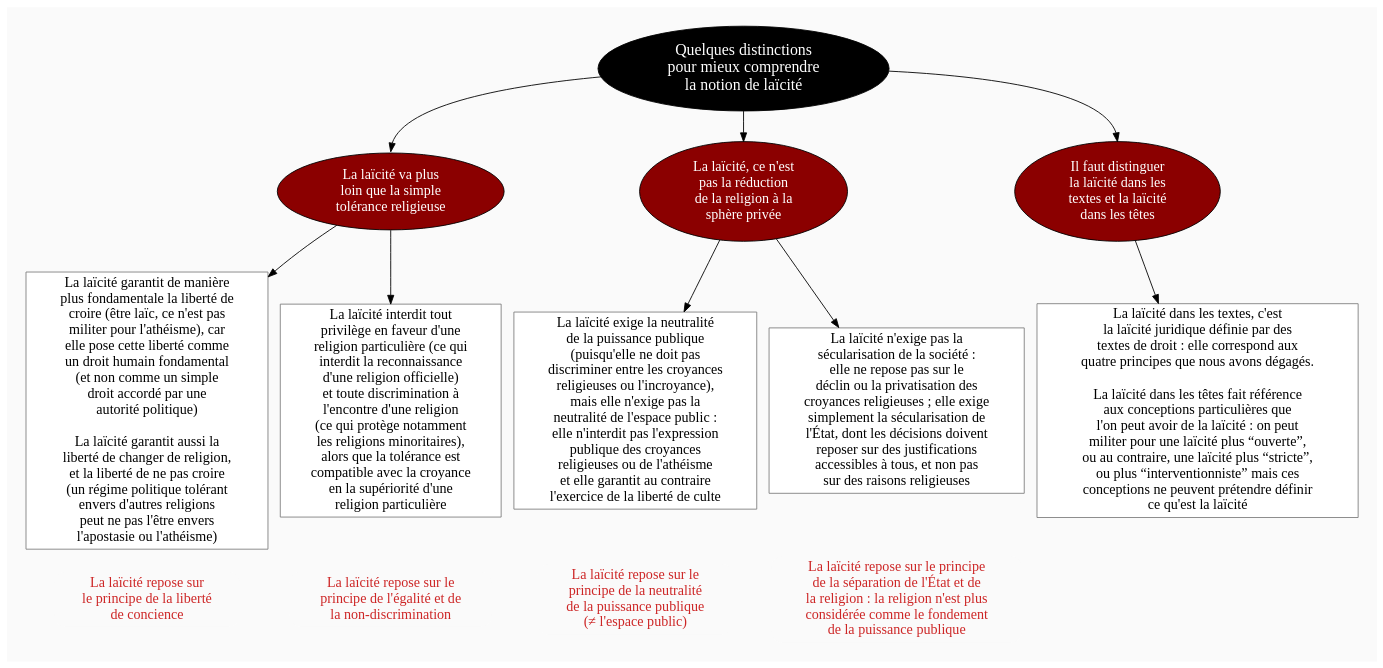
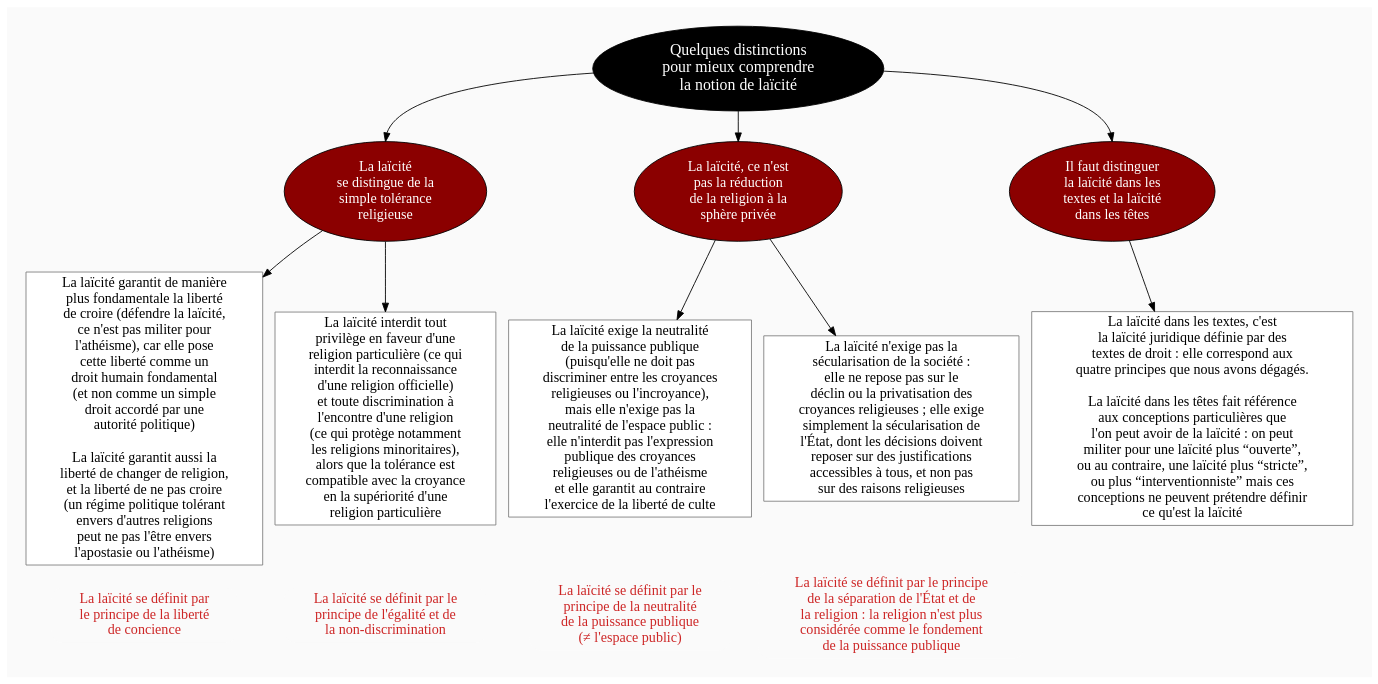
Before and after one commit to eyssette/graphviz-examples: the diagram in diagram/laicite.dot, drawn with Graphviz.

```diff
--- a/diagram/laicite.dot
+++ b/diagram/laicite.dot
@@ -1,160 +1,162 @@
 digraph G {
 // Template : diagram
 // Usage : 
 //rankdir=LR
 splines=true
 //splines=curved
 bgcolor=grey98
 pad=0.3
 style=filled
 edge[minlen=4]
 node[style=filled, fontcolor=white]
 ranksep=0.1
 nodesep=0.2
 
 // NIVEAU 1
 node[fillcolor=12, fontsize=18]
 a1[label="Quelques distinctions
 pour mieux comprendre
 la notion de laïcité"]
 
 // NIVEAU 2
 node[fillcolor=red4, fontsize=16]
 a1->{
-b1[label="La laïcité va plus
-loin que la simple
-tolérance religieuse"]
+b1[label="La laïcité
+se distingue de la
+simple tolérance
+religieuse"]
 b2[label="La laïcité, ce n'est
 pas la réduction
 de la religion à la
 sphère privée"]
 b3[label="Il faut distinguer
 la laïcité dans les
 textes et la laïcité
 dans les têtes"]
 }[headport=n]
 
 node[fontcolor=black]
 // NIVEAU 3 (sans intermédiaire)
 node [shape=box, fillcolor=white, color=grey50]
 // c1[label=""]
 b1->{c1,c2}
 c1[label="La laïcité garantit de manière
-plus fondamentale la liberté de
-croire (être laïc, ce n'est pas
-militer pour l'athéisme), car
-elle pose cette liberté comme
-un droit humain fondamental
+plus fondamentale la liberté
+de croire (défendre la laïcité,
+ce n'est pas militer pour
+l'athéisme), car elle pose
+cette liberté comme un
+droit humain fondamental
 (et non comme un simple
 droit accordé par une
 autorité politique)
 
 La laïcité garantit aussi la
 liberté de changer de religion,
 et la liberté de ne pas croire
 (un régime politique tolérant
 envers d'autres religions
 peut ne pas l'être envers
 l'apostasie ou l'athéisme)"]
 c2[label="La laïcité interdit tout
 privilège en faveur d'une
 religion particulière (ce qui
 interdit la reconnaissance
 d'une religion officielle)
 et toute discrimination à
 l'encontre d'une religion
 (ce qui protège notamment
 les religions minoritaires),
 alors que la tolérance est
 compatible avec la croyance
 en la supériorité d'une
 religion particulière"]
 b2->{c3,c4}
 c3[label="La laïcité exige la neutralité
 de la puissance publique
 (puisqu'elle ne doit pas
 discriminer entre les croyances
 religieuses ou l'incroyance),
 mais elle n'exige pas la
 neutralité de l'espace public :
 elle n'interdit pas l'expression
 publique des croyances
 religieuses ou de l'athéisme
 et elle garantit au contraire
 l'exercice de la liberté de culte"]
 c4[label="La laïcité n'exige pas la
 sécularisation de la société :
 elle ne repose pas sur le
 déclin ou la privatisation des
 croyances religieuses ; elle exige
 simplement la sécularisation de
 l'État, dont les décisions doivent
 reposer sur des justifications
 accessibles à tous, et non pas
 sur des raisons religieuses"]
 
 b3->{c5}
 c5[label="La laïcité dans les textes, c'est
 la laïcité juridique définie par des
 textes de droit : elle correspond aux
 quatre principes que nous avons dégagés.
 
 La laïcité dans les têtes fait référence
 aux conceptions particulières que
 l'on peut avoir de la laïcité : on peut
 militer pour une laïcité plus “ouverte”,
 ou au contraire, une laïcité plus “stricte”,
 ou plus “interventionniste” mais ces
 conceptions ne peuvent prétendre définir
 ce qu'est la laïcité"]
 
 // INTERMÉDIAIRE AVANT NIVEAU 3
 node[fillcolor=grey78, shape=oval]
 // [arrowhead=none]
 // bc1[label=""]
 
 // NIVEAU 3 (avec intermédiaire)
 node[fillcolor=white, shape=box, color=grey50]
 // c1[label=""]
 
 // NIVEAU 4
 node[style="filled,rounded", fillcolor=white, shape=box, color=grey50]
 // d1[label=""]
 
 // ÉTIQUETTES EN ROUGE
 node[shape=plaintext, fontcolor=firebrick3, fillcolor=grey98]
 // e1[label=< <B>= Titre</B><BR /><BR />Contenu<BR /> >]
 // e1[label=""]
 // ->e1[minlen=1, style=invis]
 
 c1->e1[minlen=1, style=invis]
-e1[label="La laïcité repose sur
+e1[label="La laïcité se définit par
 le principe de la liberté
 de concience"]
 
 c2->e2[minlen=1, style=invis]
-e2[label="La laïcité repose sur le
+e2[label="La laïcité se définit par le
 principe de l'égalité et de
 la non-discrimination"]
 
 c3->e3[minlen=1, style=invis]
-e3[label="La laïcité repose sur le
+e3[label="La laïcité se définit par le
 principe de la neutralité
 de la puissance publique
 (≠ l'espace public)"]
 
 c4->e4[minlen=1, style=invis]
-e4[label="La laïcité repose sur le principe
+e4[label="La laïcité se définit par le principe
 de la séparation de l'État et de
 la religion : la religion n'est plus
 considérée comme le fondement
 de la puissance publique"]
 
 // REMARQUES EN BLEU
 node[color=blue, shape=box, margin=0.07, fontcolor=black, fontsize=12, style="dashed", penwidth=0.6]
 edge[color=blue, arrowhead="none", xlabel="", style="dashed", penwidth=0.6]
 // r1[label=""]
 // {rank=same;->r1}
 // {rank=same;r1->[dir=back]}
 
 }
```
